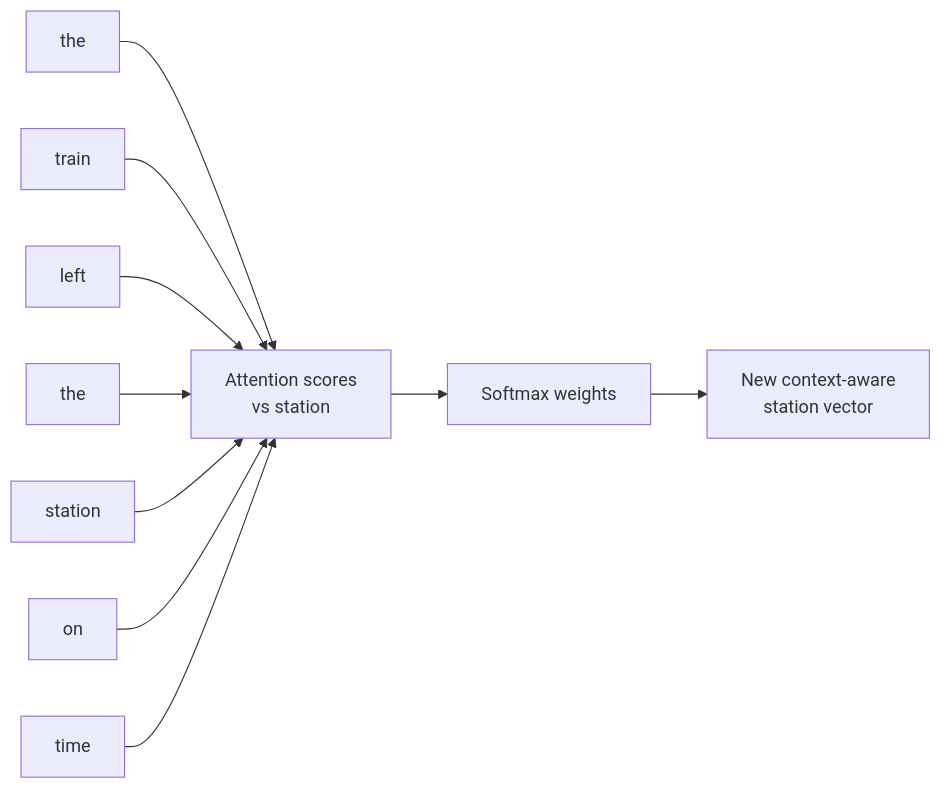
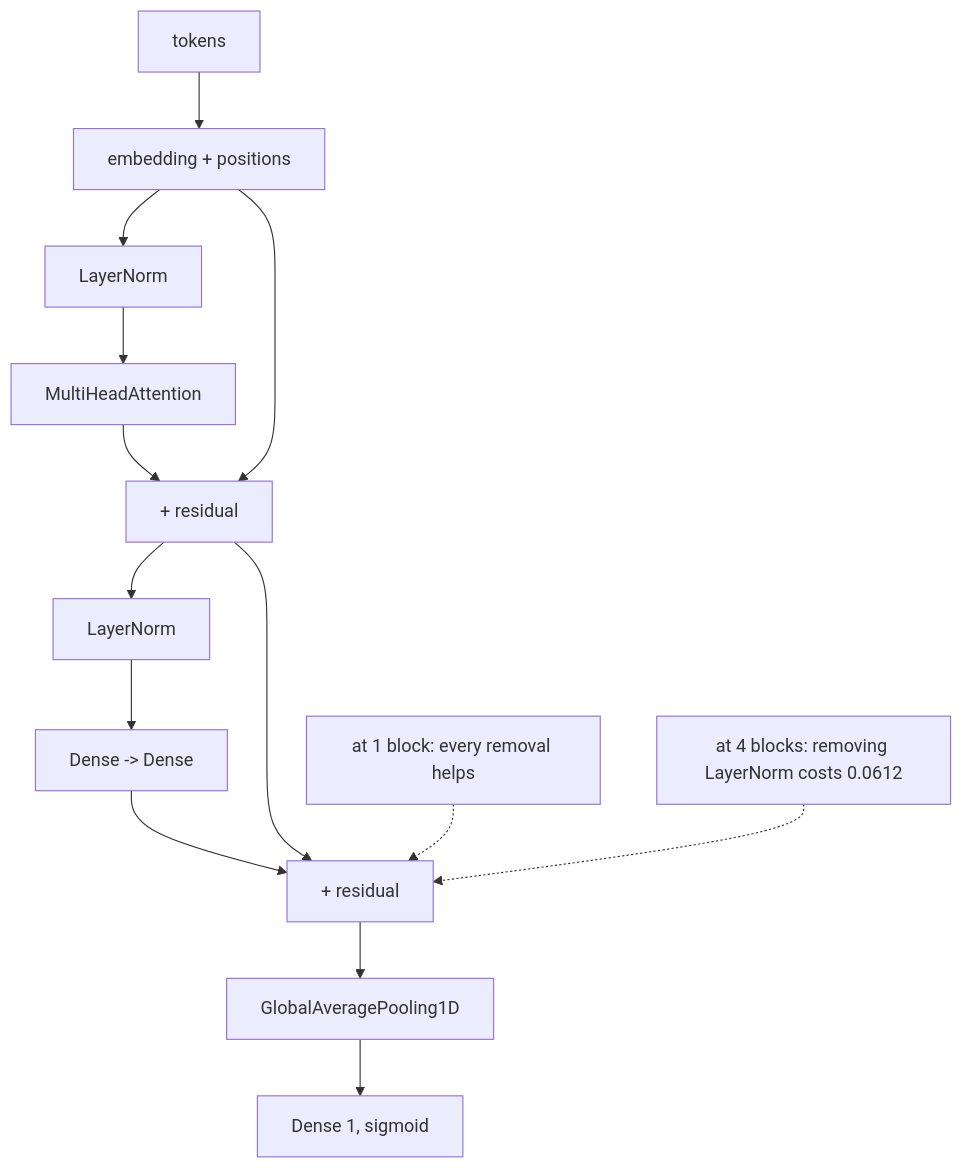
The diagram in src/content/docs/Deep Learning/Phase 05 - NLP & Transformers/The Transformer Architecture.mdx (Ravikisha/PythonCentralHub), drawn with Mermaid before and after one commit. The commit also changed other lines of this file and 626 other files, not shown here.

````diff
--- a/src/content/docs/Deep Learning/Phase 05 - NLP & Transformers/The Transformer Architecture.mdx
+++ b/src/content/docs/Deep Learning/Phase 05 - NLP & Transformers/The Transformer Architecture.mdx
@@ -46,12 +153,16 @@
-```mermaid title="Self-attention for one token" desc="Every other token in the sentence gets a relevance score against the word station; the scores become weights for a weighted sum."
-flowchart LR
-  A["the"] --> S["Attention scores<br/>vs station"]
-  B["train"] --> S
-  C["left"] --> S
-  D["the"] --> S
-  E["station"] --> S
-  F["on"] --> S
-  G["time"] --> S
-  S --> W["Softmax weights"]
-  W --> N["New context-aware<br/>station vector"]
+```mermaid
+flowchart TB
+  A["tokens"] --> B["embedding + positions"]
+  B --> C["LayerNorm"]
+  C --> D["MultiHeadAttention"]
+  D --> E["+ residual"]
+  B --> E
+  E --> F["LayerNorm"]
+  F --> G["Dense -> Dense"]
+  G --> H["+ residual"]
+  E --> H
+  H --> I["GlobalAveragePooling1D"]
+  I --> J["Dense 1, sigmoid"]
+  K["at 1 block: every removal helps"] -.-> H
+  L["at 4 blocks: removing LayerNorm costs 0.0612"] -.-> H
 ```
````
